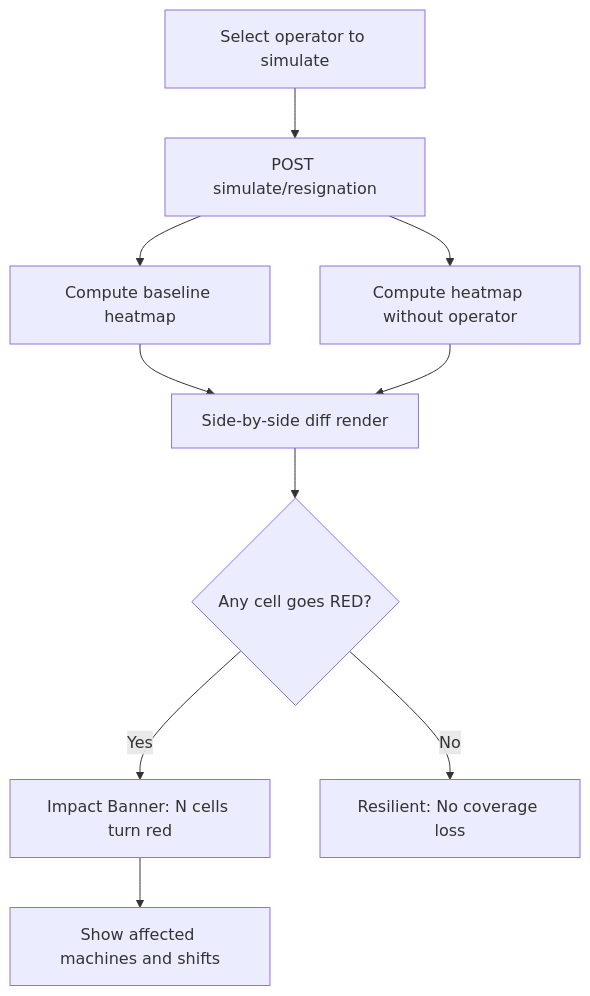
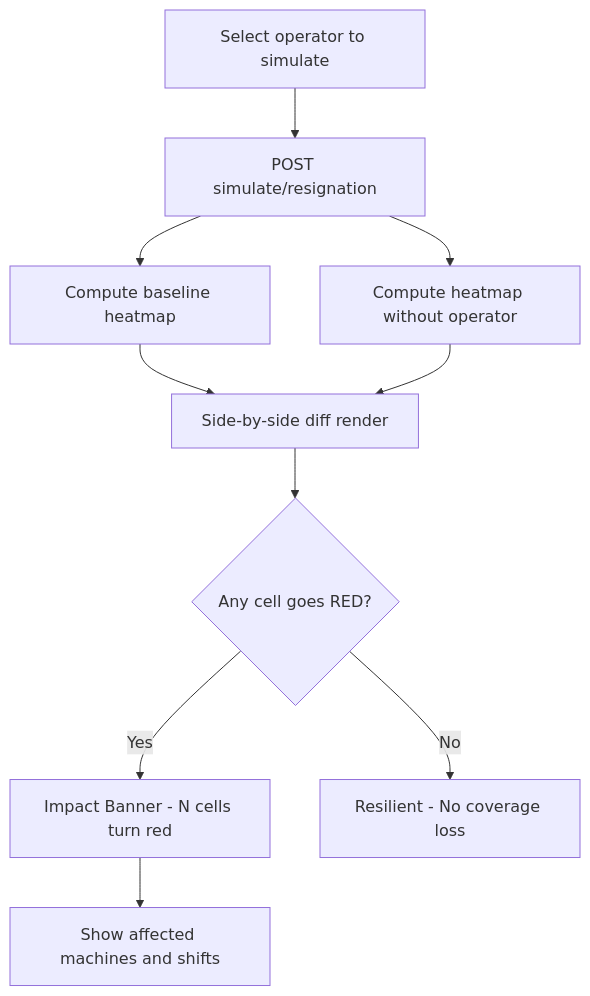
Before and after one commit to awakenedarpit/skillsforge: the fourth of 8 diagrams in README.md, drawn with Mermaid. The commit also changed other lines of this file, not shown here.

Commit message:
fix: sanitize Mermaid diagrams syntax and clean ER diagram relationships

````diff
--- a/README.md
+++ b/README.md
@@ -180,12 +180,12 @@
 ```mermaid
 flowchart TD
     A["Select operator to simulate"] --> B["POST simulate/resignation"]
     B --> C["Compute baseline heatmap"]
     B --> D["Compute heatmap without operator"]
     C --> E["Side-by-side diff render"]
     D --> E
-    E --> F{Any cell goes RED?}
-    F -- Yes --> G["Impact Banner: N cells turn red"]
-    F -- No --> H["Resilient: No coverage loss"]
+    E --> F{"Any cell goes RED?"}
+    F -- Yes --> G["Impact Banner - N cells turn red"]
+    F -- No --> H["Resilient - No coverage loss"]
     G --> I["Show affected machines and shifts"]
 ```
````
